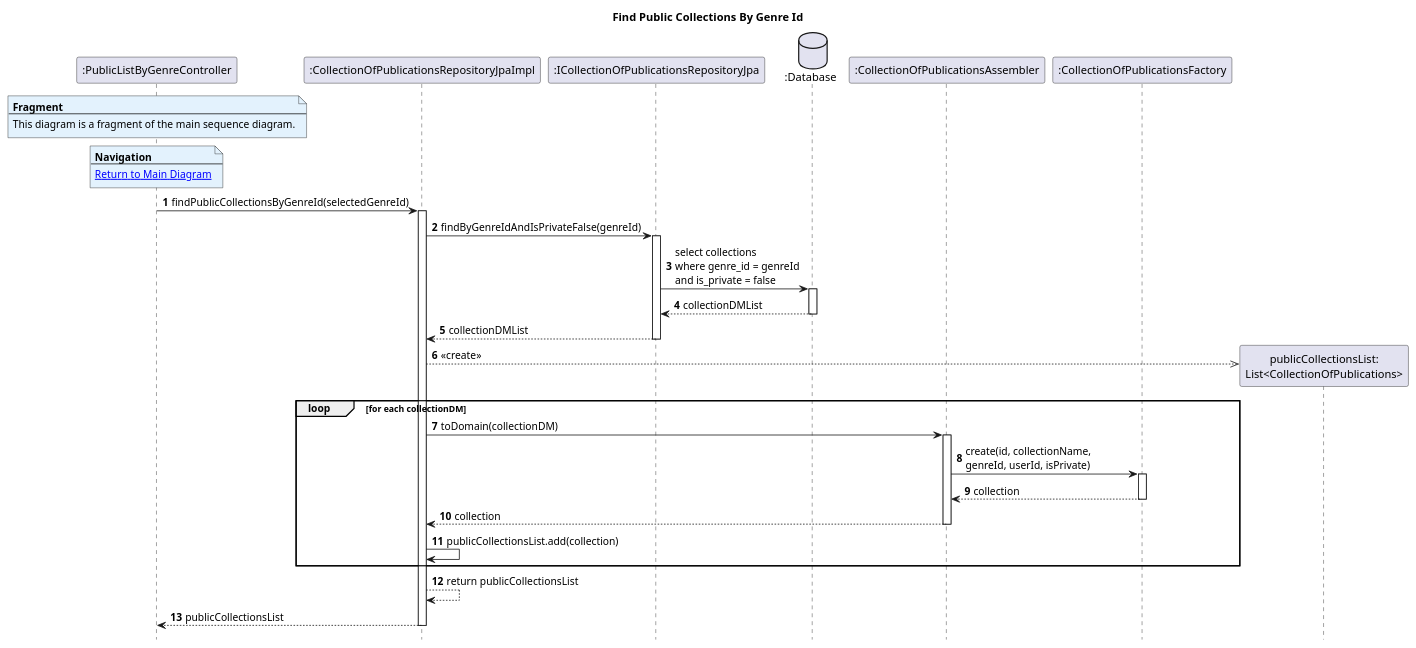
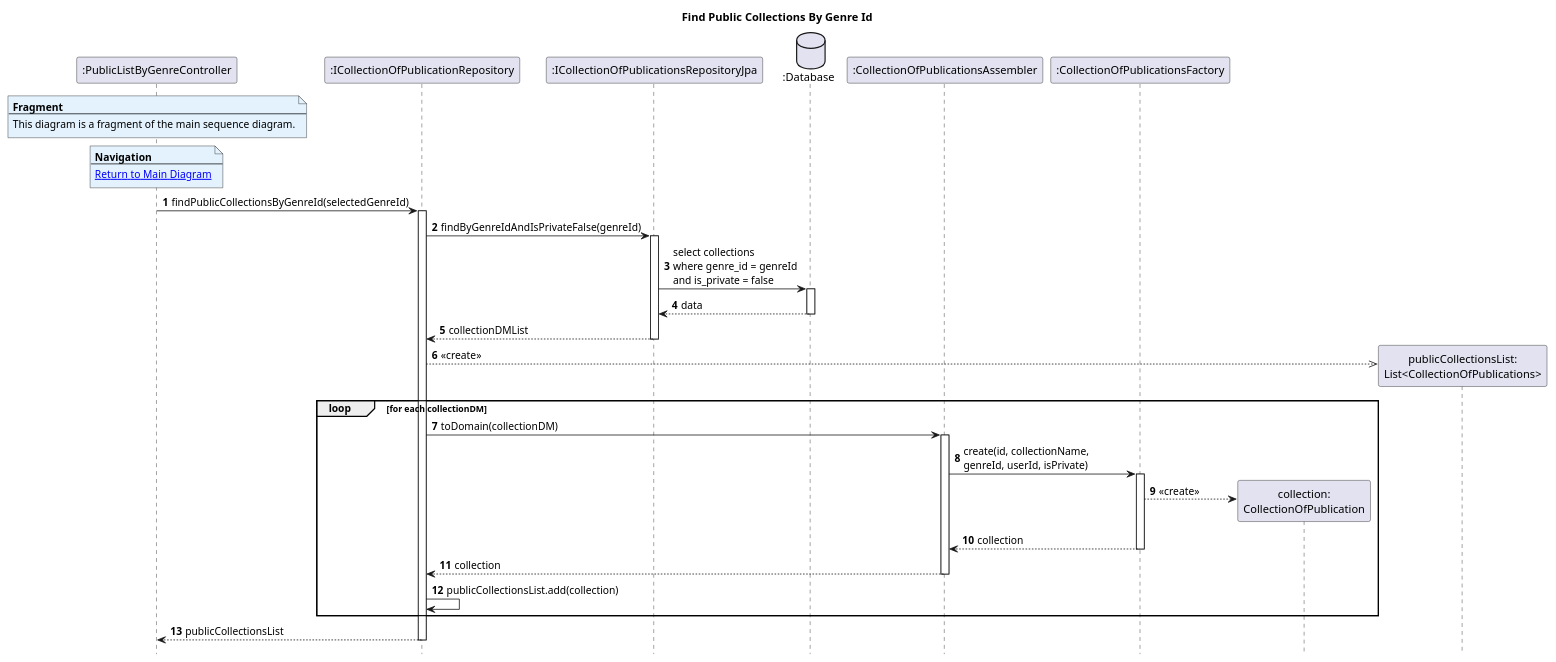
The diagram in Diagrams/SequenceDiagrams/N2/To-get-list-of-public-lists-by-genre/3.FindPublicCollectionsByGenreId.puml (AndrePereiraGitH/SWitCH-Project-Team_A), drawn with PlantUML before and after one commit. The commit also changed 3 other files, not shown here.

Commit message:
diagrams: fixed issues with find public lists by genre diagrams #753

```diff
--- a/Diagrams/SequenceDiagrams/N2/To-get-list-of-public-lists-by-genre/3.FindPublicCollectionsByGenreId.puml
+++ b/Diagrams/SequenceDiagrams/N2/To-get-list-of-public-lists-by-genre/3.FindPublicCollectionsByGenreId.puml
@@ -1,64 +1,64 @@
 @startuml
 hide footbox
 autonumber
 
 title Find Public Collections By Genre Id
 
 participant ":PublicListByGenreController" as Ctrl
 
-participant ":CollectionOfPublicationsRepositoryJpaImpl" as collectionRepo
+participant ":ICollectionOfPublicationRepository" as collectionRepo
 participant ":ICollectionOfPublicationsRepositoryJpa" as collectionRepoJpa
 database ":Database" as DB
 participant ":CollectionOfPublicationsAssembler" as assembler
 participant ":CollectionOfPublicationsFactory" as factory
+participant "collection:\nCollectionOfPublication" as collection
 participant "publicCollectionsList:\nList<CollectionOfPublications>" as publicCollectionsList
 
 note over Ctrl #E3F2FD
 <b>Fragment</b>
 ---
 This diagram is a fragment of the main sequence diagram.
 end note
 
 note over Ctrl #E3F2FD
 <b>Navigation</b>
 ---
 [[1.MainDiagram.puml Return to Main Diagram]]
 end note
 
 Ctrl -> collectionRepo : findPublicCollectionsByGenreId(selectedGenreId)
 activate collectionRepo
 
 collectionRepo -> collectionRepoJpa : findByGenreIdAndIsPrivateFalse(genreId)
 activate collectionRepoJpa
 
 collectionRepoJpa -> DB : select collections\nwhere genre_id = genreId\nand is_private = false
 activate DB
-DB --> collectionRepoJpa : collectionDMList
+DB --> collectionRepoJpa : data
 deactivate DB
 
 collectionRepoJpa --> collectionRepo : collectionDMList
 deactivate collectionRepoJpa
 
 collectionRepo -->> publicCollectionsList ** : <<create>>
 
 loop for each collectionDM
     collectionRepo -> assembler : toDomain(collectionDM)
     activate assembler
 
     assembler -> factory : create(id, collectionName,\ngenreId, userId, isPrivate)
     activate factory
+    factory --> collection ** : <<create>>
     factory --> assembler : collection
     deactivate factory
 
     assembler --> collectionRepo : collection
     deactivate assembler
 
     collectionRepo -> collectionRepo : publicCollectionsList.add(collection)
 end
 
-collectionRepo --> collectionRepo : return publicCollectionsList
-
 collectionRepo --> Ctrl : publicCollectionsList
 deactivate collectionRepo
 
 @enduml
```
